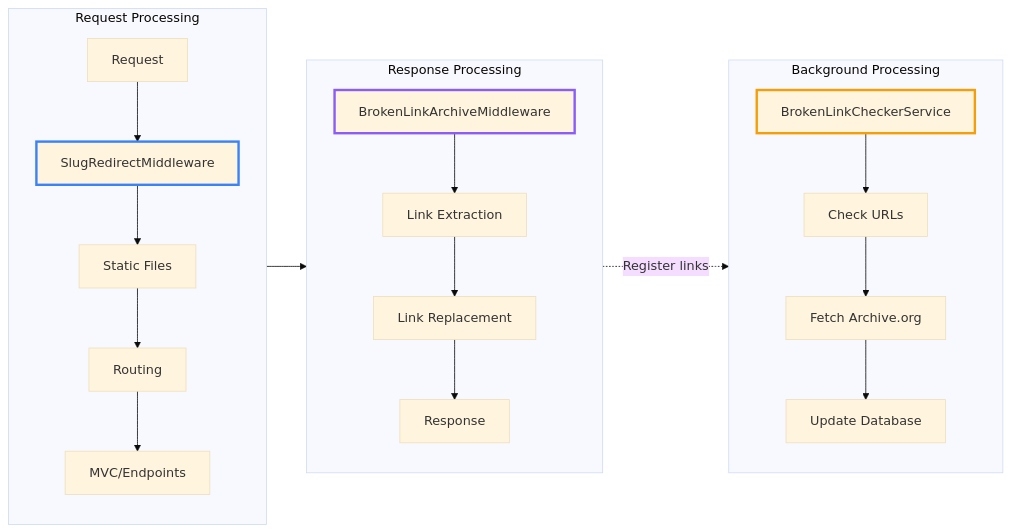
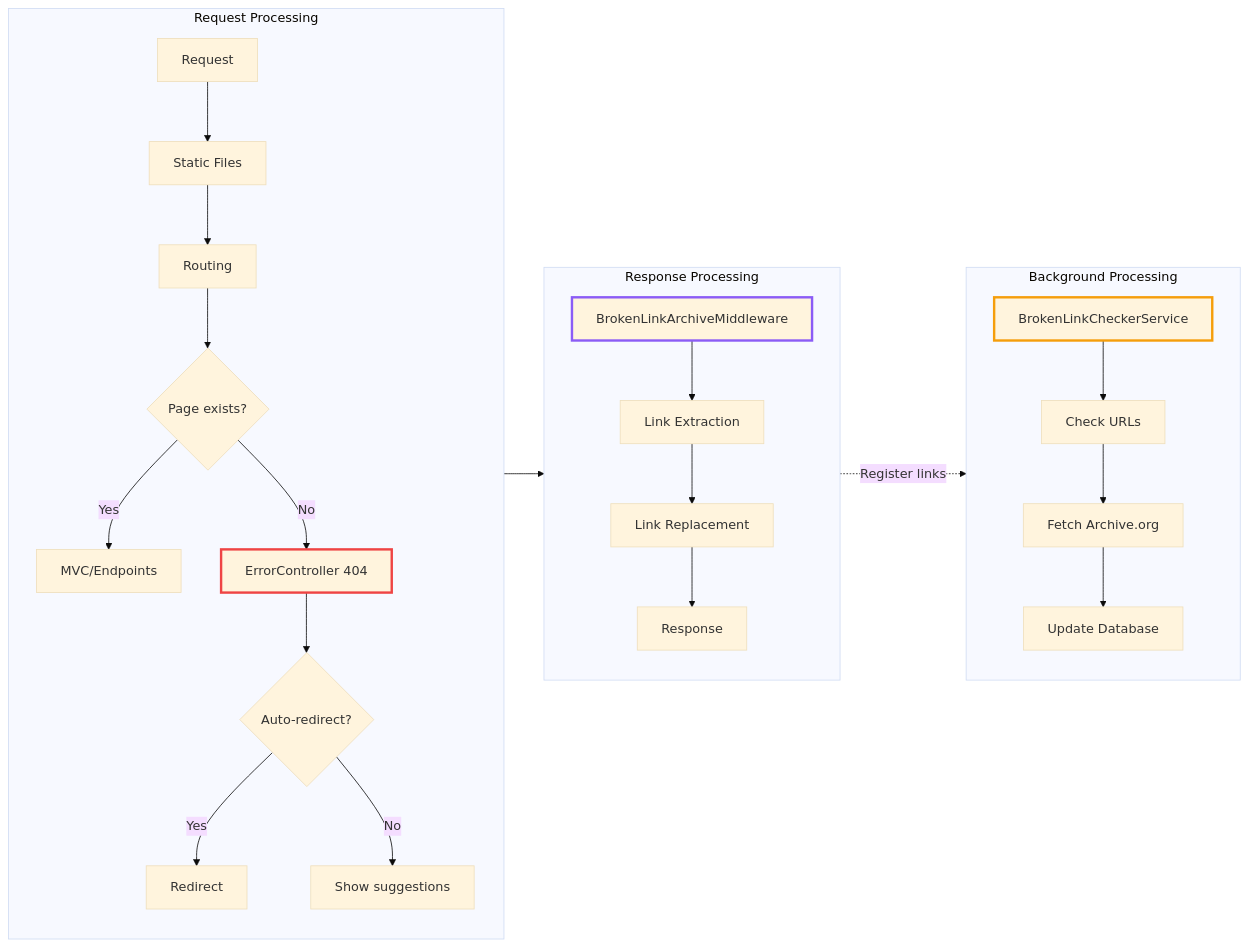
The fifth of 5 diagrams in Mostlylucid/Markdown/the-war-on-404.md (Shaddix/mostlylucidweb), drawn with Mermaid (base theme) before and after one commit. The commit also changed other lines of this file, not shown here.

First line of the commit message:
docs: update article to use 404 handler instead of middleware for redirects

````diff
--- a/Mostlylucid/Markdown/the-war-on-404.md
+++ b/Mostlylucid/Markdown/the-war-on-404.md
@@ -520,31 +595,35 @@
 ```mermaid
 flowchart LR
     subgraph Request["Request Processing"]
         direction TB
-        A[Request] --> B[SlugRedirectMiddleware]
-        B --> C[Static Files]
-        C --> D[Routing]
-        D --> E[MVC/Endpoints]
+        A[Request] --> B[Static Files]
+        B --> C[Routing]
+        C --> D{Page exists?}
+        D -->|Yes| E[MVC/Endpoints]
+        D -->|No| F[ErrorController 404]
+        F --> G{Auto-redirect?}
+        G -->|Yes| H[Redirect]
+        G -->|No| I[Show suggestions]
     end
 
     subgraph Response["Response Processing"]
         direction TB
-        E --> F[BrokenLinkArchiveMiddleware]
-        F --> G[Link Extraction]
-        G --> H[Link Replacement]
-        H --> I[Response]
+        E --> J[BrokenLinkArchiveMiddleware]
+        J --> K[Link Extraction]
+        K --> L[Link Replacement]
+        L --> M[Response]
     end
 
     subgraph Background["Background Processing"]
         direction TB
-        J[BrokenLinkCheckerService] --> K[Check URLs]
-        K --> L[Fetch Archive.org]
-        L --> M[Update Database]
+        N[BrokenLinkCheckerService] --> O[Check URLs]
+        O --> P[Fetch Archive.org]
+        P --> Q[Update Database]
     end
 
-    G -.->|Register links| J
+    K -.->|Register links| N
 
-    style B stroke:#3b82f6,stroke-width:3px
-    style F stroke:#8b5cf6,stroke-width:3px
-    style J stroke:#f59e0b,stroke-width:3px
+    style F stroke:#ef4444,stroke-width:3px
+    style J stroke:#8b5cf6,stroke-width:3px
+    style N stroke:#f59e0b,stroke-width:3px
 ```
````
